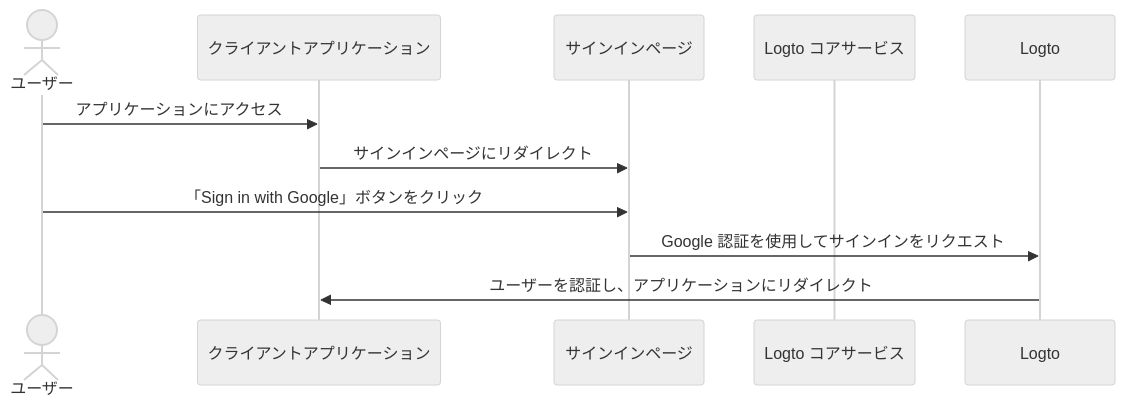
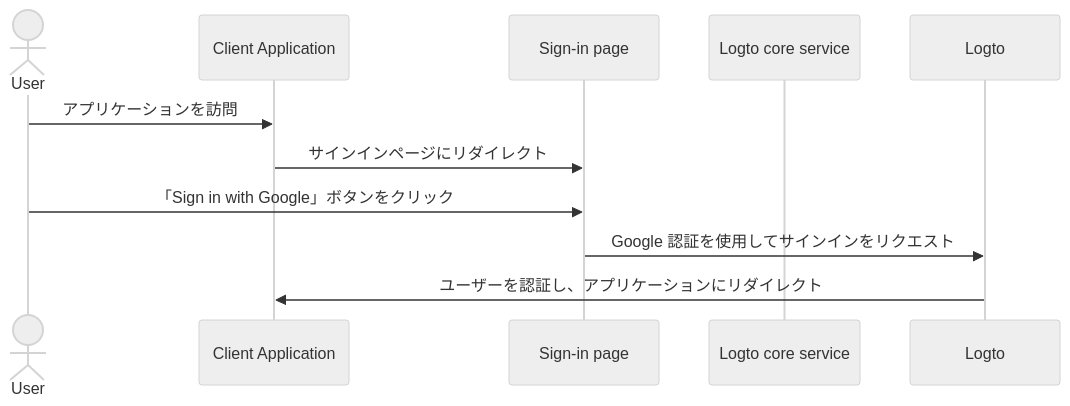
Before and after one commit to logto-io/docs: the second of 6 diagrams in i18n/ja/docusaurus-plugin-content-docs/current/end-user-flows/sign-up-and-sign-in/social-sign-in.mdx, drawn with Mermaid (neutral theme). The commit also changed other lines of this file and 407 other files, not shown here.

````diff
--- a/i18n/ja/docusaurus-plugin-content-docs/current/end-user-flows/sign-up-and-sign-in/social-sign-in.mdx
+++ b/i18n/ja/docusaurus-plugin-content-docs/current/end-user-flows/sign-up-and-sign-in/social-sign-in.mdx
@@ -79,13 +72,13 @@
 ```mermaid
 sequenceDiagram
-actor user as ユーザー
-    participant app as クライアントアプリケーション
-    participant experience as サインインページ
-    participant logto as Logto コアサービス
+actor user as User
+    participant app as Client Application
+    participant experience as Sign-in page
+    participant logto as Logto core service
 
-    user->>app: アプリケーションにアクセス
+    user->>app: アプリケーションを訪問
     app->>experience: サインインページにリダイレクト
     user->>experience: 「Sign in with Google」ボタンをクリック
     experience->>Logto: Google 認証を使用してサインインをリクエスト
     Logto->>app: ユーザーを認証し、アプリケーションにリダイレクト
 ```
````
